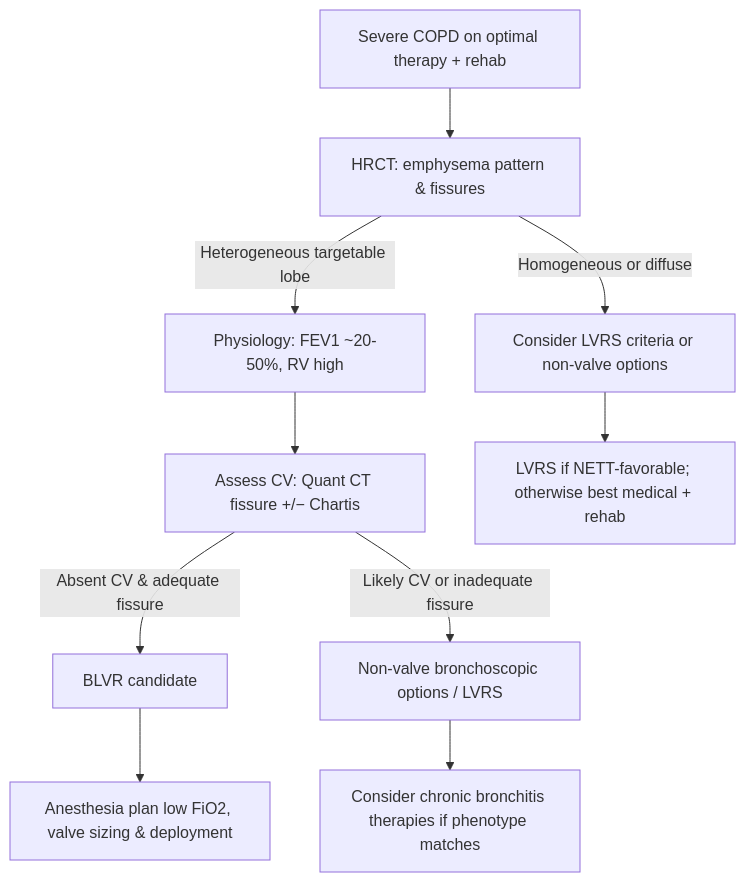
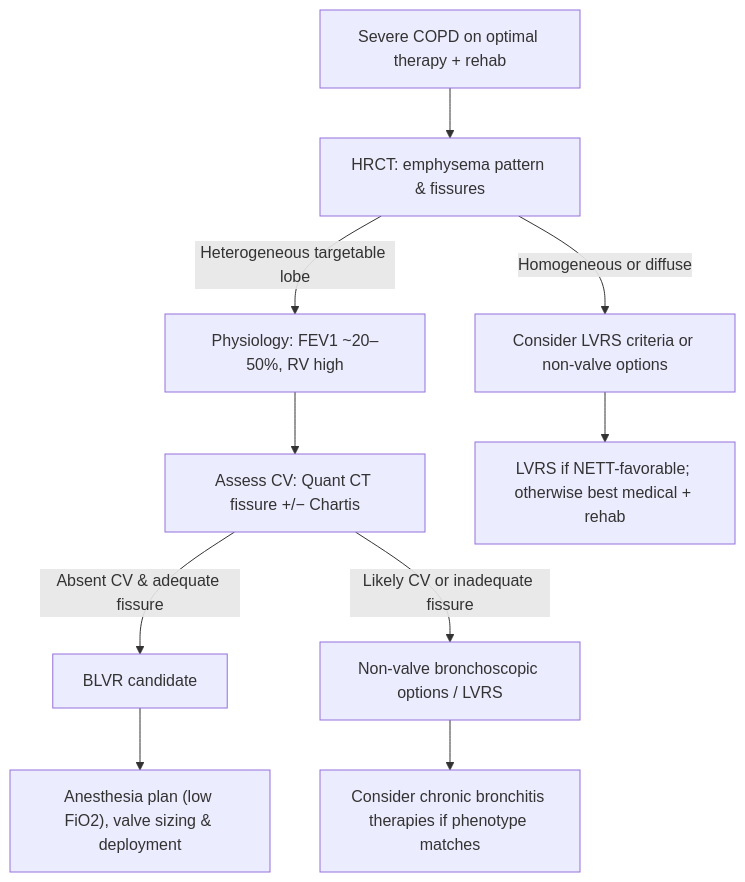
Before and after one commit to russellmiller49/Interventional-Pulm-Education-Project: the first of 2 diagrams in content/modules/board/bronchoscopic-and-surgical-treatment-for-copd-and-chronic-bronchitis.mdx, drawn with Mermaid. The commit also changed other lines of this file and 45 other files, not shown here.

````diff
--- a/content/modules/board/bronchoscopic-and-surgical-treatment-for-copd-and-chronic-bronchitis.mdx
+++ b/content/modules/board/bronchoscopic-and-surgical-treatment-for-copd-and-chronic-bronchitis.mdx
@@ -211,12 +153,12 @@
 ```mermaid
 flowchart TD
-A[Severe COPD on optimal therapy + rehab] --> B[HRCT: emphysema pattern & fissures]
-B -->|Heterogeneous targetable lobe| C[Physiology: FEV1 ~20-50%, RV high]
-B -->|Homogeneous or diffuse| H[Consider LVRS criteria or non-valve options]
-C --> D[Assess CV: Quant CT fissure +/− Chartis]
-D -->|Absent CV & adequate fissure| E[BLVR candidate]
-D -->|Likely CV or inadequate fissure| F[Non-valve bronchoscopic options / LVRS]
-E --> G[Anesthesia plan low FiO2, valve sizing & deployment]
-H --> I[LVRS if NETT-favorable; otherwise best medical + rehab]
-F --> J[Consider chronic bronchitis therapies if phenotype matches]
+        A["Severe COPD on optimal therapy + rehab"] --> B["HRCT: emphysema pattern & fissures"]
+        B -->|Heterogeneous targetable lobe| C["Physiology: FEV1 ~20–50%, RV high"]
+        B -->|Homogeneous or diffuse| H["Consider LVRS criteria or non-valve options"]
+        C --> D["Assess CV: Quant CT fissure +/− Chartis"]
+        D -->|"Absent CV & adequate fissure"| E["BLVR candidate"]
+        D -->|"Likely CV or inadequate fissure"| F["Non-valve bronchoscopic options / LVRS"]
+        E --> G["Anesthesia plan (low FiO2), valve sizing & deployment"]
+        H --> I["LVRS if NETT-favorable; otherwise best medical + rehab"]
+        F --> J["Consider chronic bronchitis therapies if phenotype matches"]
 ```
````
